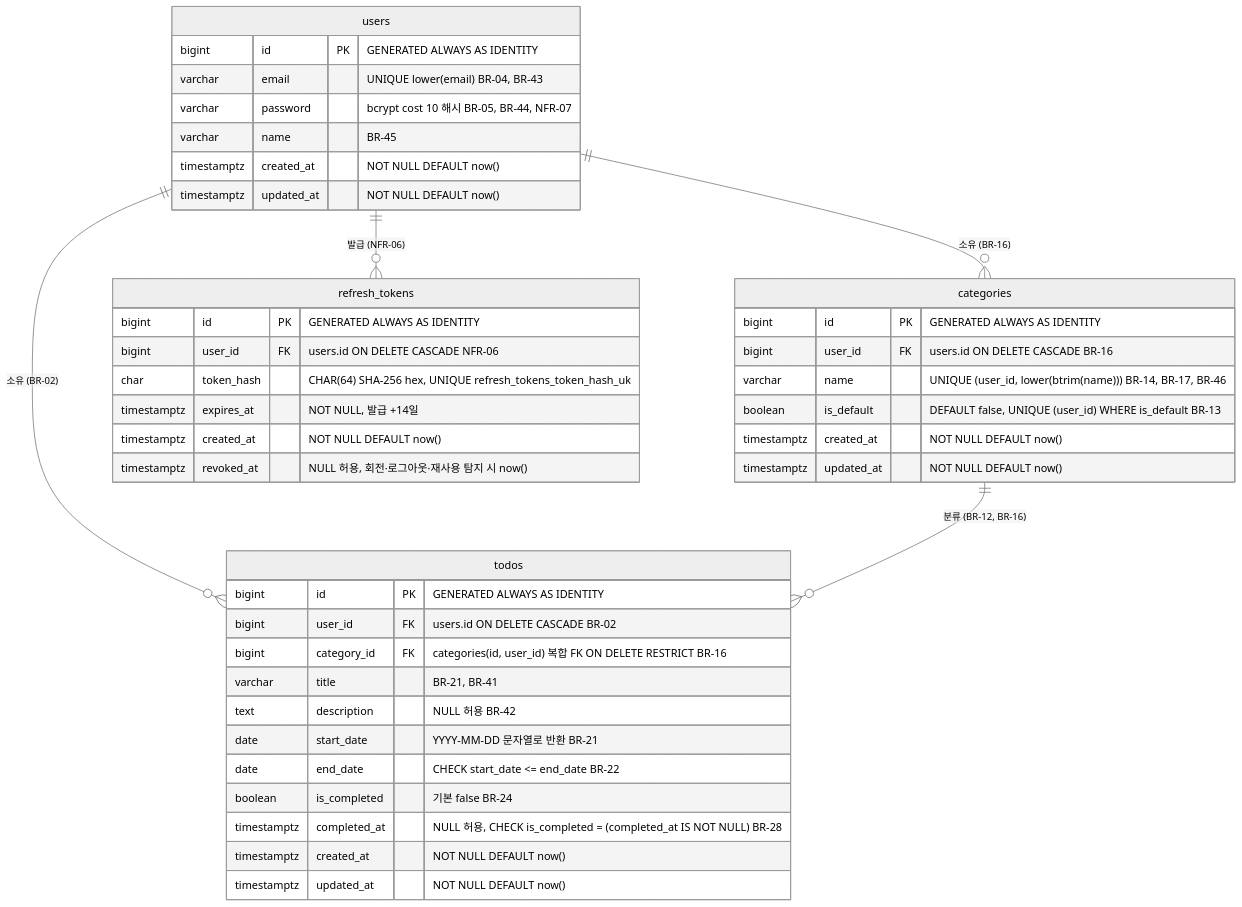
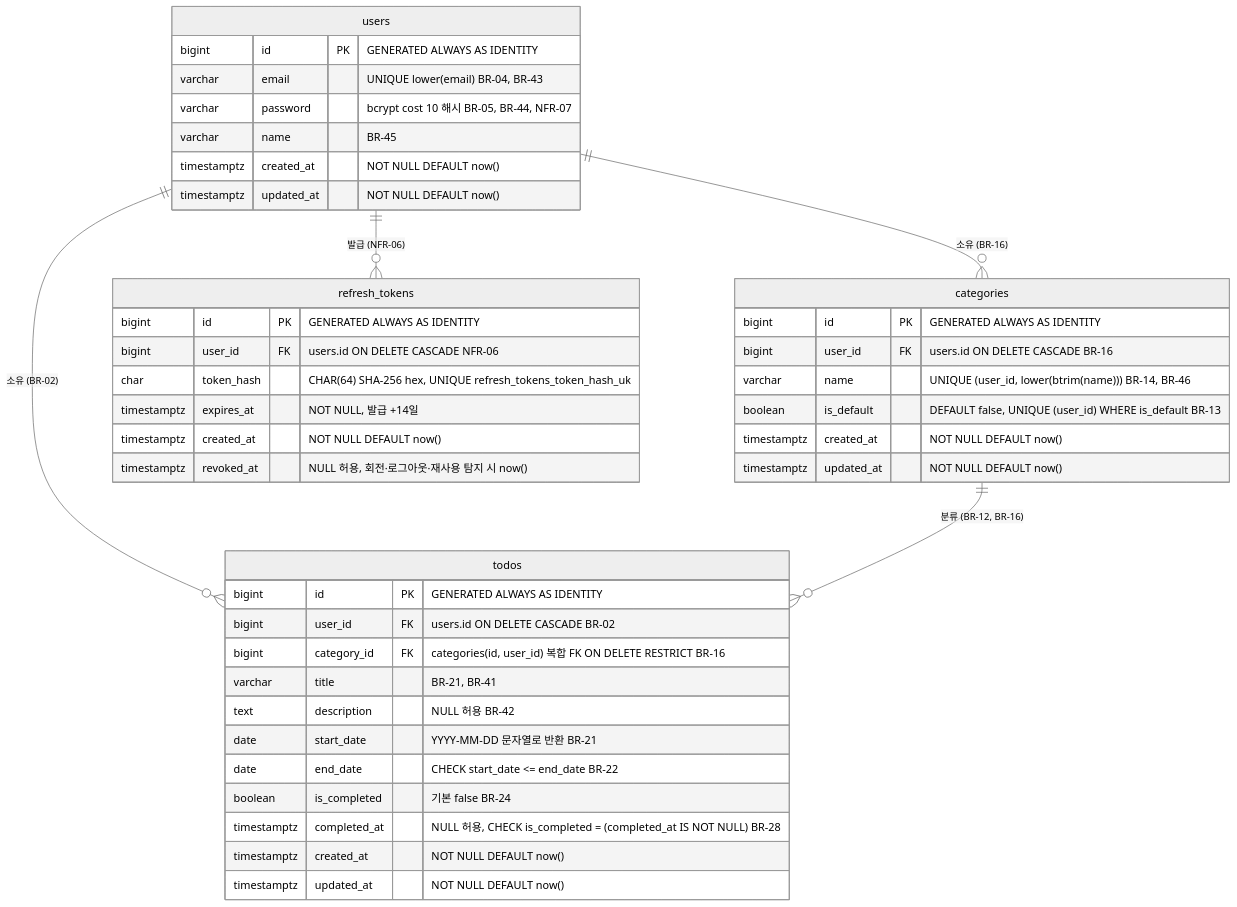
Before and after one commit to okbaronok2-tech/todolist_app: the second of 2 diagrams in docs/7-erd.md, drawn with Mermaid (neutral theme). The commit also changed other lines of this file and 7 other files, not shown here.

First line of the commit message:
docs: ERD v0.6 ERD-C8 해결, schema·migration 주석 참조 버전 갱신

````diff
--- a/docs/7-erd.md
+++ b/docs/7-erd.md
@@ -94,48 +95,48 @@
 ```mermaid
 erDiagram
     users ||--o{ categories : "소유 (BR-16)"
     users ||--o{ todos : "소유 (BR-02)"
     users ||--o{ refresh_tokens : "발급 (NFR-06)"
     categories ||--o{ todos : "분류 (BR-12, BR-16)"
 
     users {
         bigint id PK "GENERATED ALWAYS AS IDENTITY"
         varchar email "UNIQUE lower(email) BR-04, BR-43"
         varchar password "bcrypt cost 10 해시 BR-05, BR-44, NFR-07"
         varchar name "BR-45"
         timestamptz created_at "NOT NULL DEFAULT now()"
         timestamptz updated_at "NOT NULL DEFAULT now()"
     }
 
     refresh_tokens {
         bigint id PK "GENERATED ALWAYS AS IDENTITY"
         bigint user_id FK "users.id ON DELETE CASCADE NFR-06"
         char token_hash "CHAR(64) SHA-256 hex, UNIQUE refresh_tokens_token_hash_uk"
         timestamptz expires_at "NOT NULL, 발급 +14일"
         timestamptz created_at "NOT NULL DEFAULT now()"
         timestamptz revoked_at "NULL 허용, 회전·로그아웃·재사용 탐지 시 now()"
     }
 
     categories {
         bigint id PK "GENERATED ALWAYS AS IDENTITY"
         bigint user_id FK "users.id ON DELETE CASCADE BR-16"
-        varchar name "UNIQUE (user_id, lower(btrim(name))) BR-14, BR-17, BR-46"
+        varchar name "UNIQUE (user_id, lower(btrim(name))) BR-14, BR-46"
         boolean is_default "DEFAULT false, UNIQUE (user_id) WHERE is_default BR-13"
         timestamptz created_at "NOT NULL DEFAULT now()"
         timestamptz updated_at "NOT NULL DEFAULT now()"
     }
 
     todos {
         bigint id PK "GENERATED ALWAYS AS IDENTITY"
         bigint user_id FK "users.id ON DELETE CASCADE BR-02"
         bigint category_id FK "categories(id, user_id) 복합 FK ON DELETE RESTRICT BR-16"
         varchar title "BR-21, BR-41"
         text description "NULL 허용 BR-42"
         date start_date "YYYY-MM-DD 문자열로 반환 BR-21"
         date end_date "CHECK start_date <= end_date BR-22"
         boolean is_completed "기본 false BR-24"
         timestamptz completed_at "NULL 허용, CHECK is_completed = (completed_at IS NOT NULL) BR-28"
         timestamptz created_at "NOT NULL DEFAULT now()"
         timestamptz updated_at "NOT NULL DEFAULT now()"
     }
 ```
````
